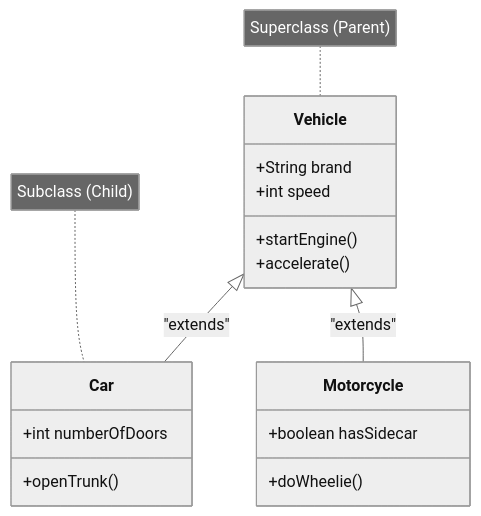
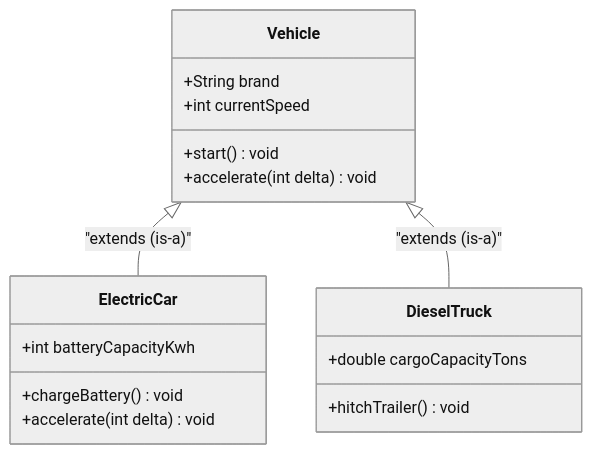
One commit to ravishankar2463/java_hub changed the first of 3 diagrams in content/roadmap/level-1/inheritance.md. Above: the diagram before and after it, drawn with Mermaid (neutral theme). The commit also changed other lines of this file, not shown here.

````diff
--- a/content/roadmap/level-1/inheritance.md
+++ b/content/roadmap/level-1/inheritance.md
@@ -16,26 +32,24 @@
 ```mermaid
 classDiagram
     direction TB
     class Vehicle {
         +String brand
-        +int speed
-        +startEngine()
-        +accelerate()
+        +int currentSpeed
+        +start() void
+        +accelerate(int delta) void
     }
     
-    class Car {
-        +int numberOfDoors
-        +openTrunk()
-    }
-    
-    class Motorcycle {
-        +boolean hasSidecar
-        +doWheelie()
+    class ElectricCar {
+        +int batteryCapacityKwh
+        +chargeBattery() void
+        +accelerate(int delta) void
     }
 
-    Vehicle <|-- Car : "extends"
-    Vehicle <|-- Motorcycle : "extends"
+    class DieselTruck {
+        +double cargoCapacityTons
+        +hitchTrailer() void
+    }
 
-    note for Vehicle "Superclass (Parent)"
-    note for Car "Subclass (Child)"
+    Vehicle <|-- ElectricCar : "extends (is-a)"
+    Vehicle <|-- DieselTruck : "extends (is-a)"
 ```
````
